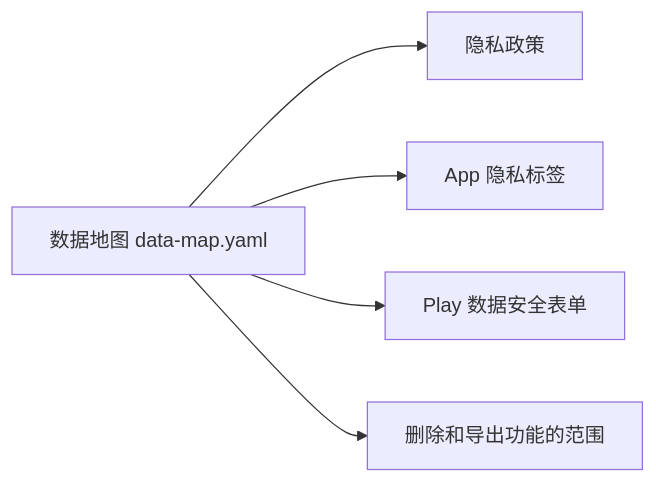
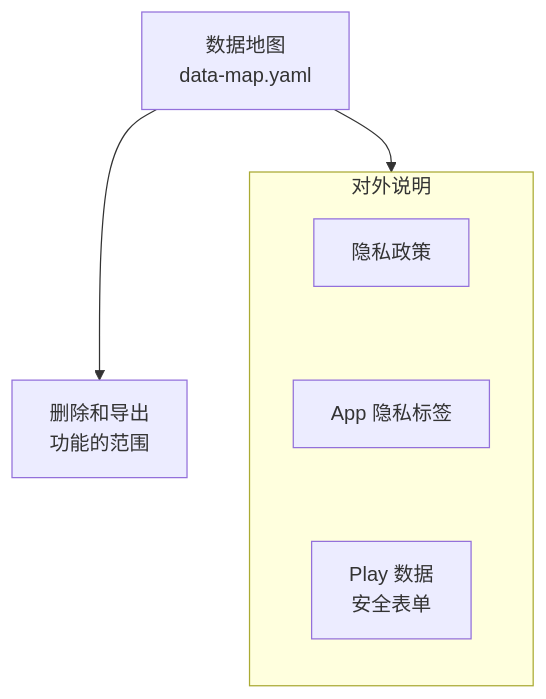
The second of 2 diagrams in books/going-global/05-gdpr-privacy.md (jarvis-pro/hatch-shelf), drawn with Mermaid before and after one commit. The commit also changed other lines of this file and 432 other files, not shown here.

````diff
--- a/books/going-global/05-gdpr-privacy.md
+++ b/books/going-global/05-gdpr-privacy.md
@@ -184,7 +184,9 @@
 ```mermaid
-flowchart LR
-  M["数据地图 data-map.yaml"] --> P["隐私政策"]
-  M --> L["App 隐私标签"]
-  M --> G["Play 数据安全表单"]
-  M --> D["删除和导出功能的范围"]
+flowchart TD
+  M["数据地图<br/>data-map.yaml"] --> DOC
+  M --> D["删除和导出<br/>功能的范围"]
+  subgraph DOC["对外说明"]
+    direction TB
+    P["隐私政策"] ~~~ L["App 隐私标签"] ~~~ G["Play 数据<br/>安全表单"]
+  end
 ```
````
